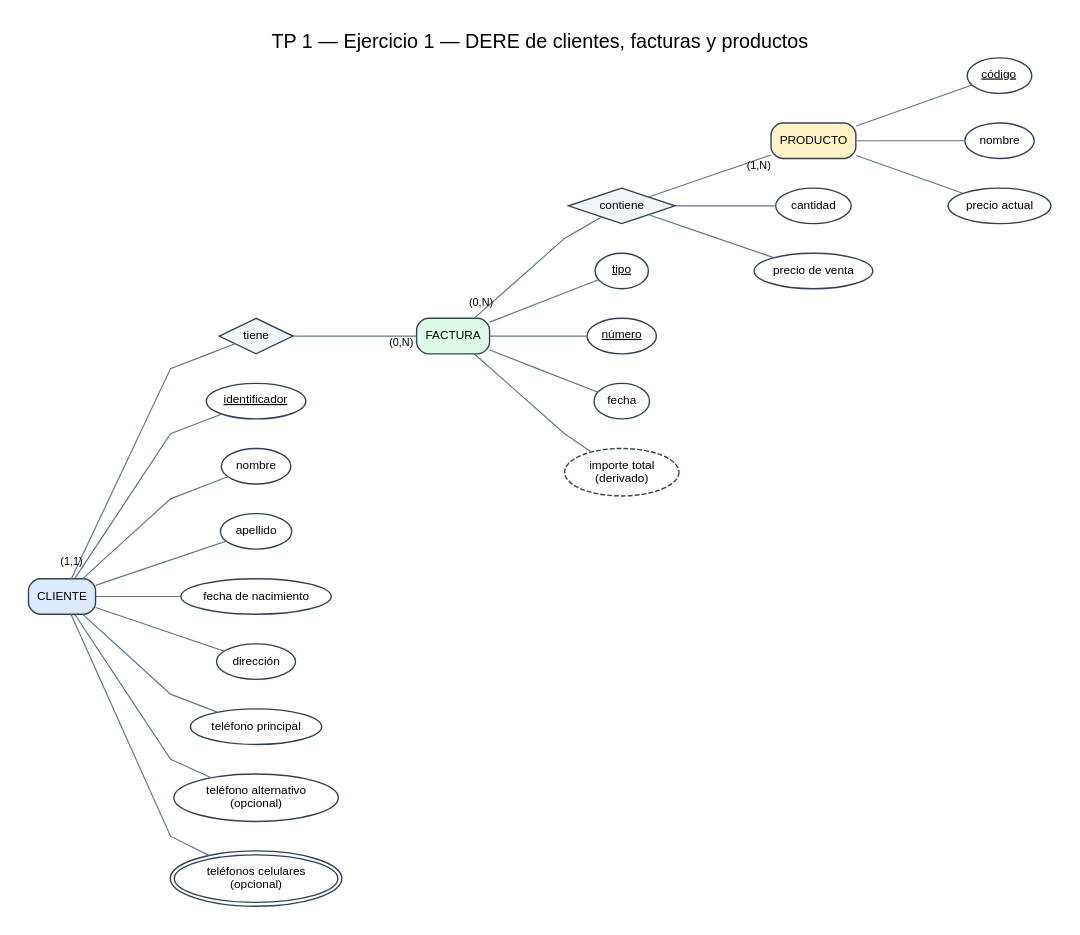
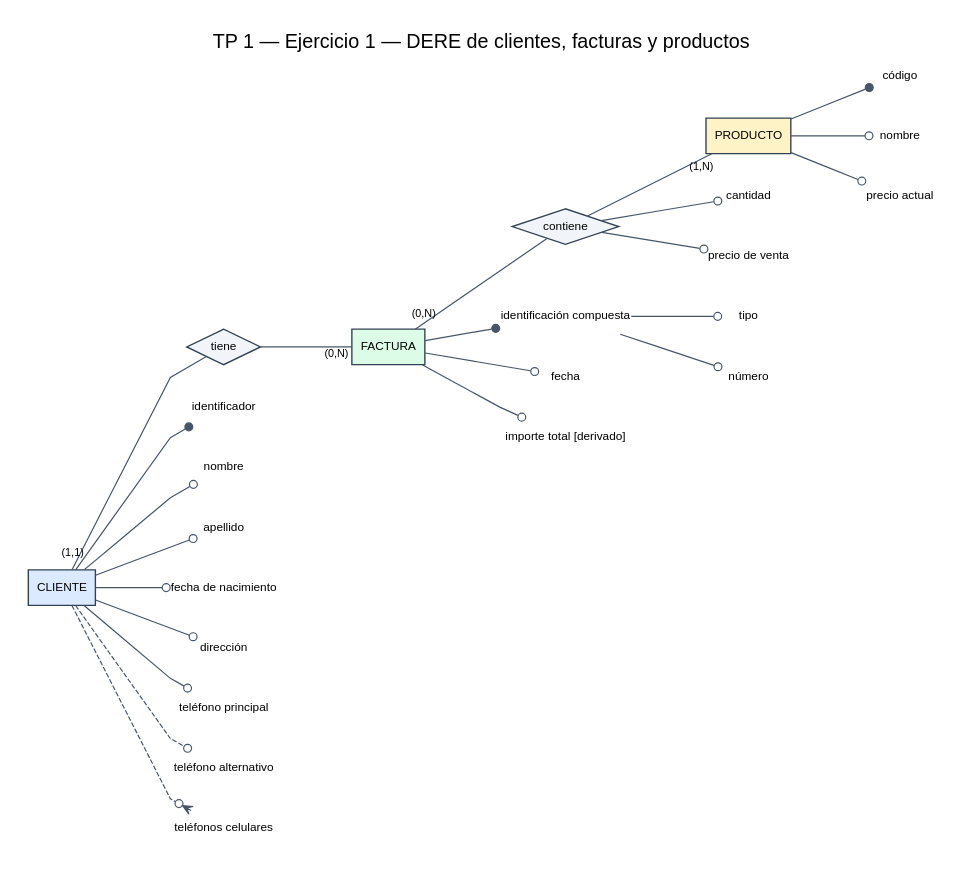
The diagram in practica/tp-01/dere-ejercicio-01.dot (eugemigliaro/bd2), drawn with Graphviz before and after one commit. The commit also changed 2 other files, not shown here.

```diff
--- a/practica/tp-01/dere-ejercicio-01.dot
+++ b/practica/tp-01/dere-ejercicio-01.dot
@@ -1,71 +1,75 @@
-graph dere_ejercicio_01 {
+digraph dere_ejercicio_01 {
   graph [
     label="TP 1 — Ejercicio 1 — DERE de clientes, facturas y productos"
     labelloc=t
     fontsize=20
     fontname="Arial"
     bgcolor="white"
     rankdir=LR
-    nodesep=0.42
+    nodesep=0.35
     ranksep=1.05
     splines=polyline
     pad=0.3
   ];
 
   node [fontname="Arial", fontsize=12, color="#334155", penwidth=1.4];
-  edge [fontname="Arial", fontsize=11, color="#64748b", penwidth=1.2];
+  edge [fontname="Arial", fontsize=11, color="#475569", penwidth=1.2];
 
-  cliente [shape=box, style="rounded,filled", fillcolor="#dbeafe", label="CLIENTE"];
-  factura [shape=box, style="rounded,filled", fillcolor="#dcfce7", label="FACTURA"];
-  producto [shape=box, style="rounded,filled", fillcolor="#fef3c7", label="PRODUCTO"];
+  cliente [shape=box, style=filled, fillcolor="#dbeafe", label="CLIENTE"];
+  factura [shape=box, style=filled, fillcolor="#dcfce7", label="FACTURA"];
+  producto [shape=box, style=filled, fillcolor="#fef3c7", label="PRODUCTO"];
 
   tiene [shape=diamond, style=filled, fillcolor="#f1f5f9", label="tiene"];
   contiene [shape=diamond, style=filled, fillcolor="#f1f5f9", label="contiene"];
 
-  cliente -- tiene [taillabel="(1,1)", labeldistance=1.7, labelangle=25];
-  tiene -- factura [headlabel="(0,N)", labeldistance=1.7, labelangle=25];
-  factura -- contiene [taillabel="(0,N)", labeldistance=1.7, labelangle=25];
-  contiene -- producto [headlabel="(1,N)", labeldistance=1.7, labelangle=25];
+  cliente -> tiene [dir=none, taillabel="(1,1)", labeldistance=1.7, labelangle=25];
+  tiene -> factura [dir=none, headlabel="(0,N)", labeldistance=1.7, labelangle=25];
+  factura -> contiene [dir=none, taillabel="(0,N)", labeldistance=1.7, labelangle=25];
+  contiene -> producto [dir=none, headlabel="(1,N)", labeldistance=1.7, labelangle=25];
 
-  c_id [shape=ellipse, label=<<U>identificador</U>>];
-  c_nombre [shape=ellipse, label="nombre"];
-  c_apellido [shape=ellipse, label="apellido"];
-  c_fecha [shape=ellipse, label="fecha de nacimiento"];
-  c_direccion [shape=ellipse, label="dirección"];
-  c_tel_principal [shape=ellipse, label="teléfono principal"];
-  c_tel_alternativo [shape=ellipse, label="teléfono alternativo\n(opcional)"];
-  c_celulares [shape=ellipse, peripheries=2, label="teléfonos celulares\n(opcional)"];
+  node [shape=plaintext, margin=0, color="#334155"];
 
-  cliente -- c_id;
-  cliente -- c_nombre;
-  cliente -- c_apellido;
-  cliente -- c_fecha;
-  cliente -- c_direccion;
-  cliente -- c_tel_principal;
-  cliente -- c_tel_alternativo;
-  cliente -- c_celulares;
+  c_id [label="identificador"];
+  c_nombre [label="nombre"];
+  c_apellido [label="apellido"];
+  c_fecha [label="fecha de nacimiento"];
+  c_direccion [label="dirección"];
+  c_tel_principal [label="teléfono principal"];
+  c_tel_alternativo [label="teléfono alternativo"];
+  c_celulares [label="teléfonos celulares"];
 
-  f_tipo [shape=ellipse, label=<<U>tipo</U>>];
-  f_numero [shape=ellipse, label=<<U>número</U>>];
-  f_fecha [shape=ellipse, label="fecha"];
-  f_total [shape=ellipse, style=dashed, label="importe total\n(derivado)"];
+  cliente -> c_id [arrowhead=dot];
+  cliente -> c_nombre [arrowhead=odot];
+  cliente -> c_apellido [arrowhead=odot];
+  cliente -> c_fecha [arrowhead=odot];
+  cliente -> c_direccion [arrowhead=odot];
+  cliente -> c_tel_principal [arrowhead=odot];
+  cliente -> c_tel_alternativo [style=dashed, arrowhead=odot];
+  cliente -> c_celulares [style=dashed, arrowhead=crowodot];
 
-  factura -- f_tipo;
-  factura -- f_numero;
-  factura -- f_fecha;
-  factura -- f_total;
+  f_id [label="identificación compuesta"];
+  f_tipo [label="tipo"];
+  f_numero [label="número"];
+  f_fecha [label="fecha"];
+  f_total [label="importe total [derivado]"];
 
-  p_codigo [shape=ellipse, label=<<U>código</U>>];
-  p_nombre [shape=ellipse, label="nombre"];
-  p_precio [shape=ellipse, label="precio actual"];
+  factura -> f_id [arrowhead=dot];
+  f_id -> f_tipo [arrowhead=odot];
+  f_id -> f_numero [arrowhead=odot];
+  factura -> f_fecha [arrowhead=odot];
+  factura -> f_total [arrowhead=odot];
 
-  producto -- p_codigo;
-  producto -- p_nombre;
-  producto -- p_precio;
+  p_codigo [label="código"];
+  p_nombre [label="nombre"];
+  p_precio [label="precio actual"];
 
-  r_cantidad [shape=ellipse, label="cantidad"];
-  r_precio [shape=ellipse, label="precio de venta"];
+  producto -> p_codigo [arrowhead=dot];
+  producto -> p_nombre [arrowhead=odot];
+  producto -> p_precio [arrowhead=odot];
 
-  contiene -- r_cantidad;
-  contiene -- r_precio;
+  r_cantidad [label="cantidad"];
+  r_precio [label="precio de venta"];
+
+  contiene -> r_cantidad [arrowhead=odot];
+  contiene -> r_precio [arrowhead=odot];
 }
```
